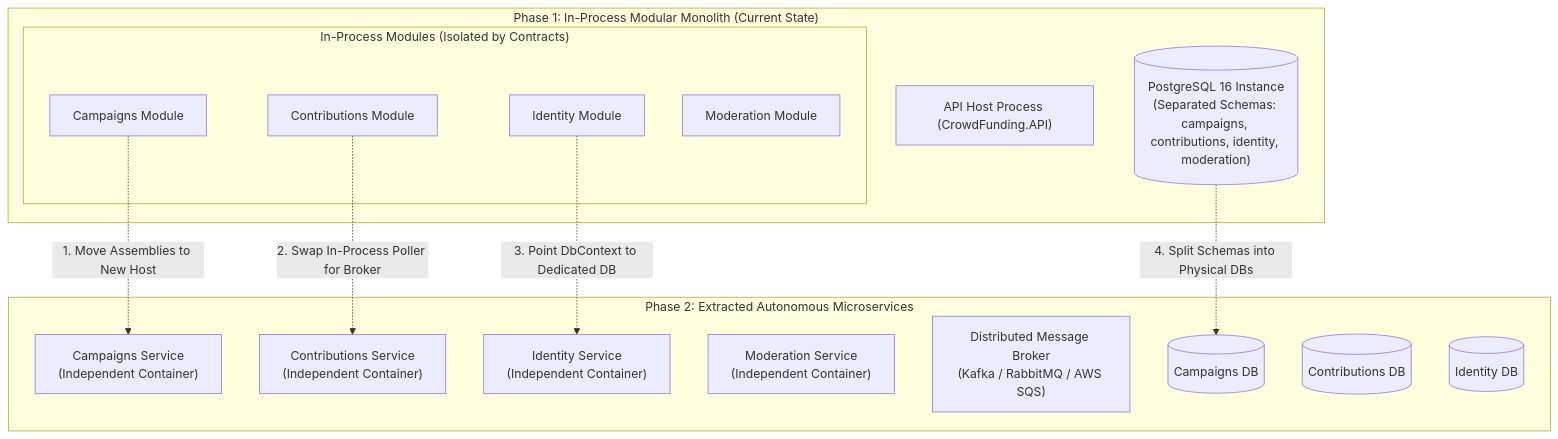
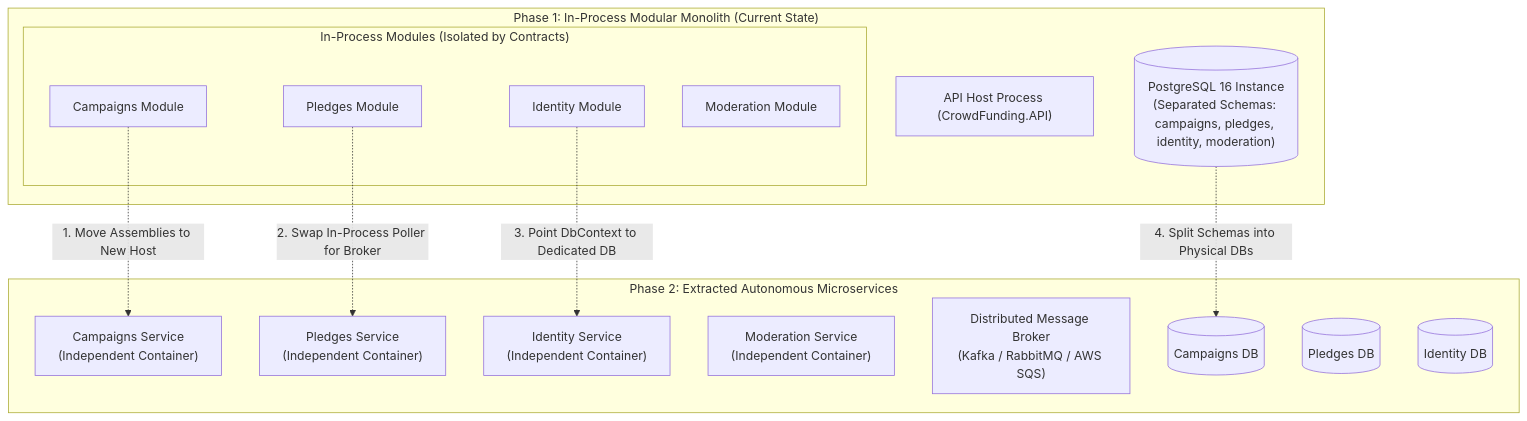
One commit to maysamgamini/crowdfundinghub changed the sixth of 8 diagrams in docs/educational-evaluation.md. Above: the diagram before and after it, drawn with Mermaid. The commit also changed other lines of this file and 571 other files, not shown here.

````diff
--- a/docs/educational-evaluation.md
+++ b/docs/educational-evaluation.md
@@ -402,29 +402,29 @@
 ```mermaid
 graph TD
     subgraph MonolithPhase["Phase 1: In-Process Modular Monolith (Current State)"]
         APIHost["API Host Process (CrowdFunding.API)"]
         subgraph Modules["In-Process Modules (Isolated by Contracts)"]
             CampMod["Campaigns Module"]
-            ContMod["Contributions Module"]
+            ContMod["Pledges Module"]
             IdMod["Identity Module"]
             ModMod["Moderation Module"]
         end
-        SharedPG[("PostgreSQL 16 Instance<br/>(Separated Schemas: campaigns, contributions, identity, moderation)")]
+        SharedPG[("PostgreSQL 16 Instance<br/>(Separated Schemas: campaigns, pledges, identity, moderation)")]
     end
 
     subgraph ExtractionPhase["Phase 2: Extracted Autonomous Microservices"]
         CampSvc["Campaigns Service<br/>(Independent Container)"]
-        ContSvc["Contributions Service<br/>(Independent Container)"]
+        ContSvc["Pledges Service<br/>(Independent Container)"]
         IdSvc["Identity Service<br/>(Independent Container)"]
         ModSvc["Moderation Service<br/>(Independent Container)"]
         Broker["Distributed Message Broker<br/>(Kafka / RabbitMQ / AWS SQS)"]
         DBCamp[("Campaigns DB")]
-        DBCont[("Contributions DB")]
+        DBCont[("Pledges DB")]
         DBId[("Identity DB")]
     end
 
     CampMod -. "1. Move Assemblies to New Host" .-> CampSvc
     ContMod -. "2. Swap In-Process Poller for Broker" .-> ContSvc
     IdMod -. "3. Point DbContext to Dedicated DB" .-> IdSvc
     SharedPG -. "4. Split Schemas into Physical DBs" .-> DBCamp
 ```
````
